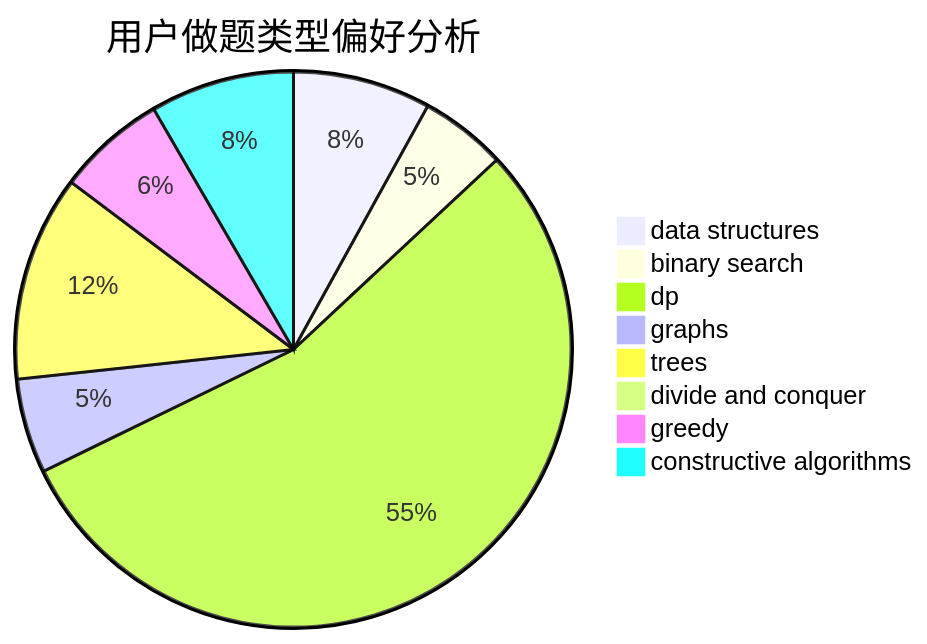
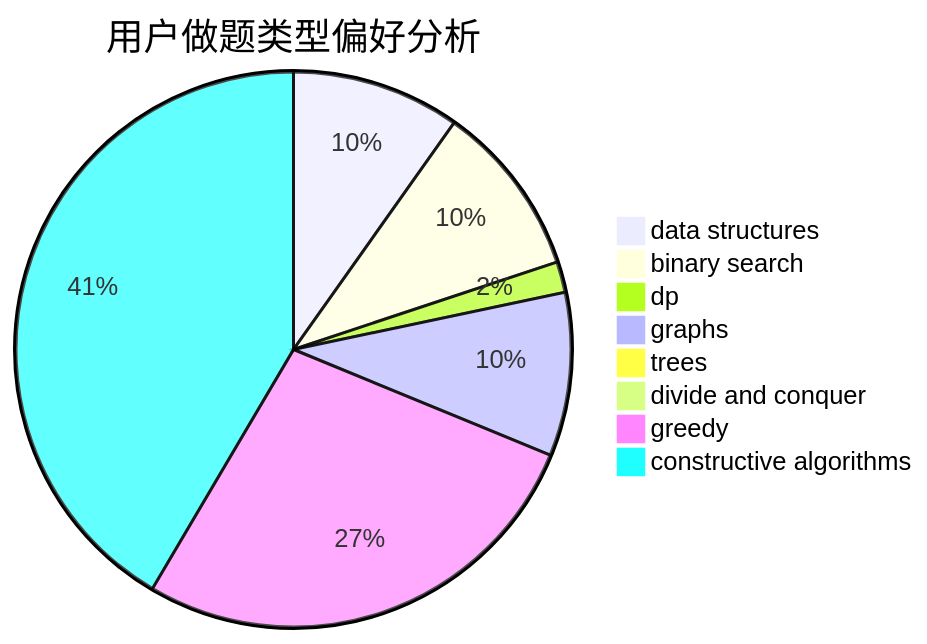
Before and after one commit to sherpahu/cfrs.github.io: the second of 3 diagrams in docs/user/u1067.md, drawn with Mermaid. The commit also changed other lines of this file and 2770 other files, not shown here.

````diff
--- a/docs/user/u1067.md
+++ b/docs/user/u1067.md
@@ -23,11 +23,11 @@
 ```mermaid
 pie title 用户做题类型偏好分析
-    "data structures" :  67
-    "binary search" :  42
-    "dp" :  457
-    "graphs" :  46
-    "trees" :  100
-    "divide and conquer" :  3
-    "greedy" :  53
-    "constructive algorithms" :  70
+    "data structures" :  137
+    "binary search" :  141
+    "dp" :  25
+    "graphs" :  133
+    "trees" :  2
+    "divide and conquer" :  0
+    "greedy" :  381
+    "constructive algorithms" :  580
 ```
````
